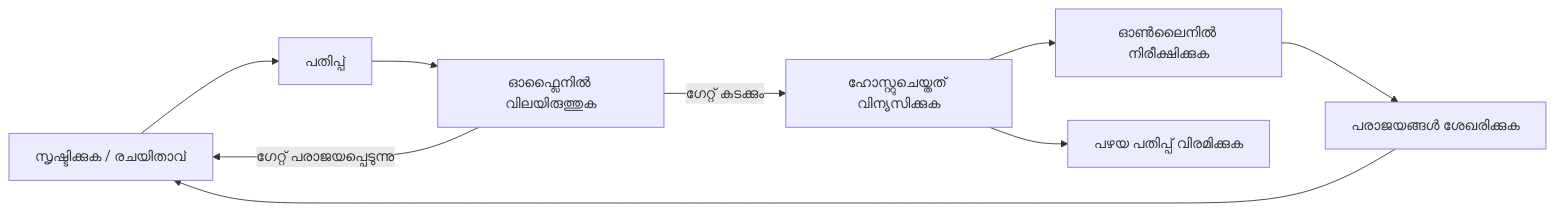
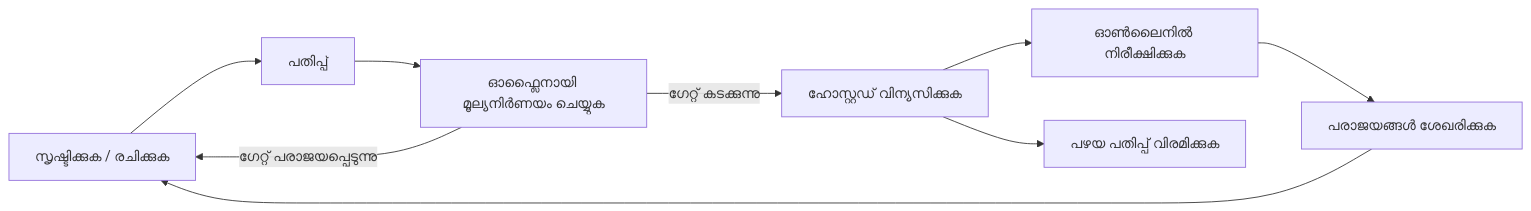
One commit to gabrielmoreira/agent-skills-mirror changed the second of 4 diagrams in mirrors/repos/microsoft@ai-agents-for-beginners/translations/ml/16-deploying-scalable-agents/README.md. Above: the diagram before and after it, drawn with Mermaid. The commit also changed other lines of this file and 3581 other files, not shown here.

````diff
--- a/mirrors/repos/microsoft@ai-agents-for-beginners/translations/ml/16-deploying-scalable-agents/README.md
+++ b/mirrors/repos/microsoft@ai-agents-for-beginners/translations/ml/16-deploying-scalable-agents/README.md
@@ -108,11 +108,11 @@
 ```mermaid
 flowchart LR
-    Create[സൃഷ്ടിക്കുക / രചയിതാവ്] --> Version[പതിപ്പ്]
-    Version --> Evaluate[ഓഫ്ലൈനിൽ വിലയിരുത്തുക]
-    Evaluate -->|ഗേറ്റ് കടക്കും| Deploy[ഹോസ്റ്റുചെയ്തത് വിന്യസിക്കുക]
+    Create[സൃഷ്ടിക്കുക / രചിക്കുക] --> Version[പതിപ്പ്]
+    Version --> Evaluate[ഓഫ്ലൈനായി മൂല്യനിർണയം ചെയ്യുക]
+    Evaluate -->|ഗേറ്റ് കടക്കുന്നു| Deploy[ഹോസ്റ്റഡ് വിന്യസിക്കുക]
     Evaluate -->|ഗേറ്റ് പരാജയപ്പെടുന്നു| Create
     Deploy --> Observe[ഓൺലൈനിൽ നിരീക്ഷിക്കുക]
     Observe --> Improve[പരാജയങ്ങൾ ശേഖരിക്കുക]
     Improve --> Create
     Deploy --> Retire[പഴയ പതിപ്പ് വിരമിക്കുക]
 ```
````
